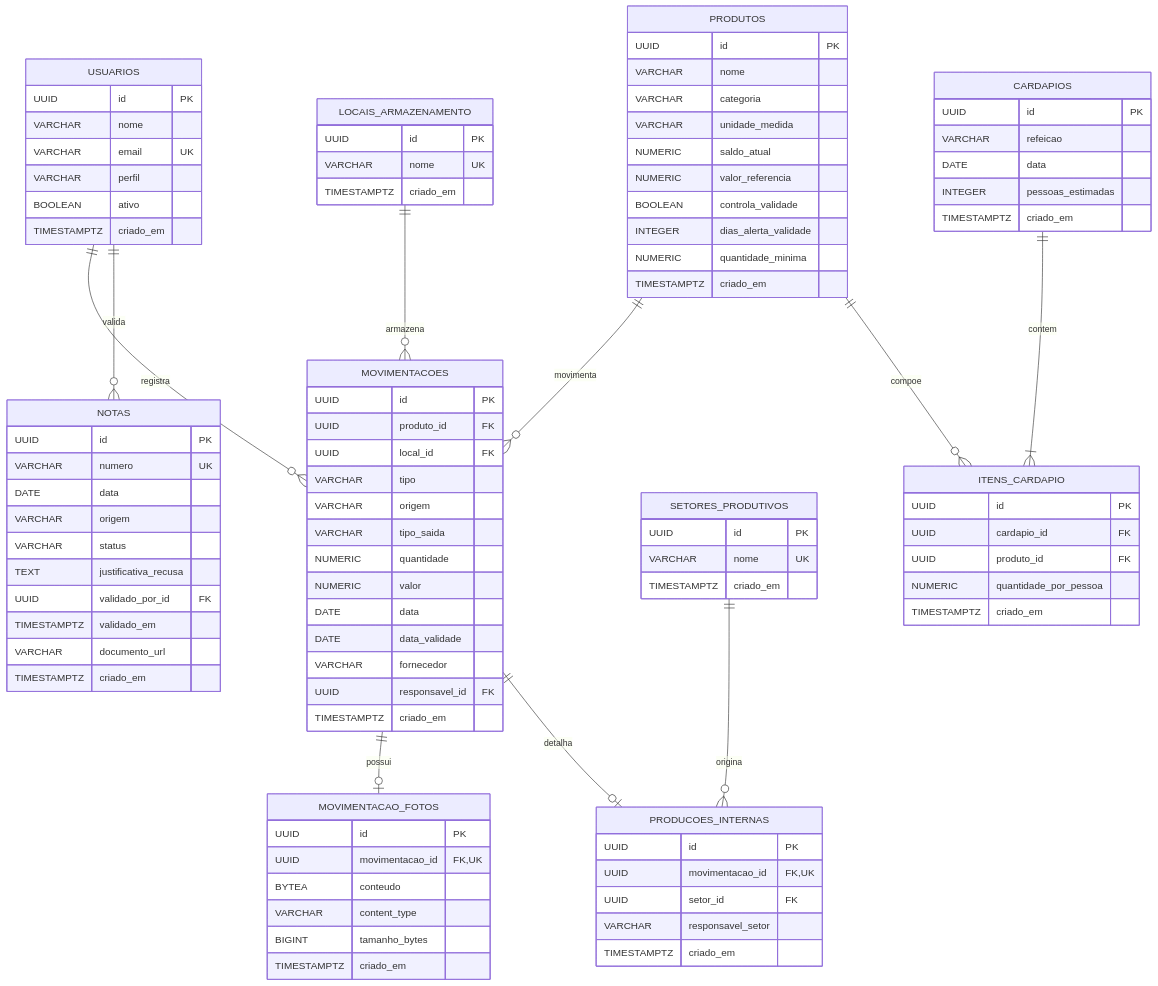
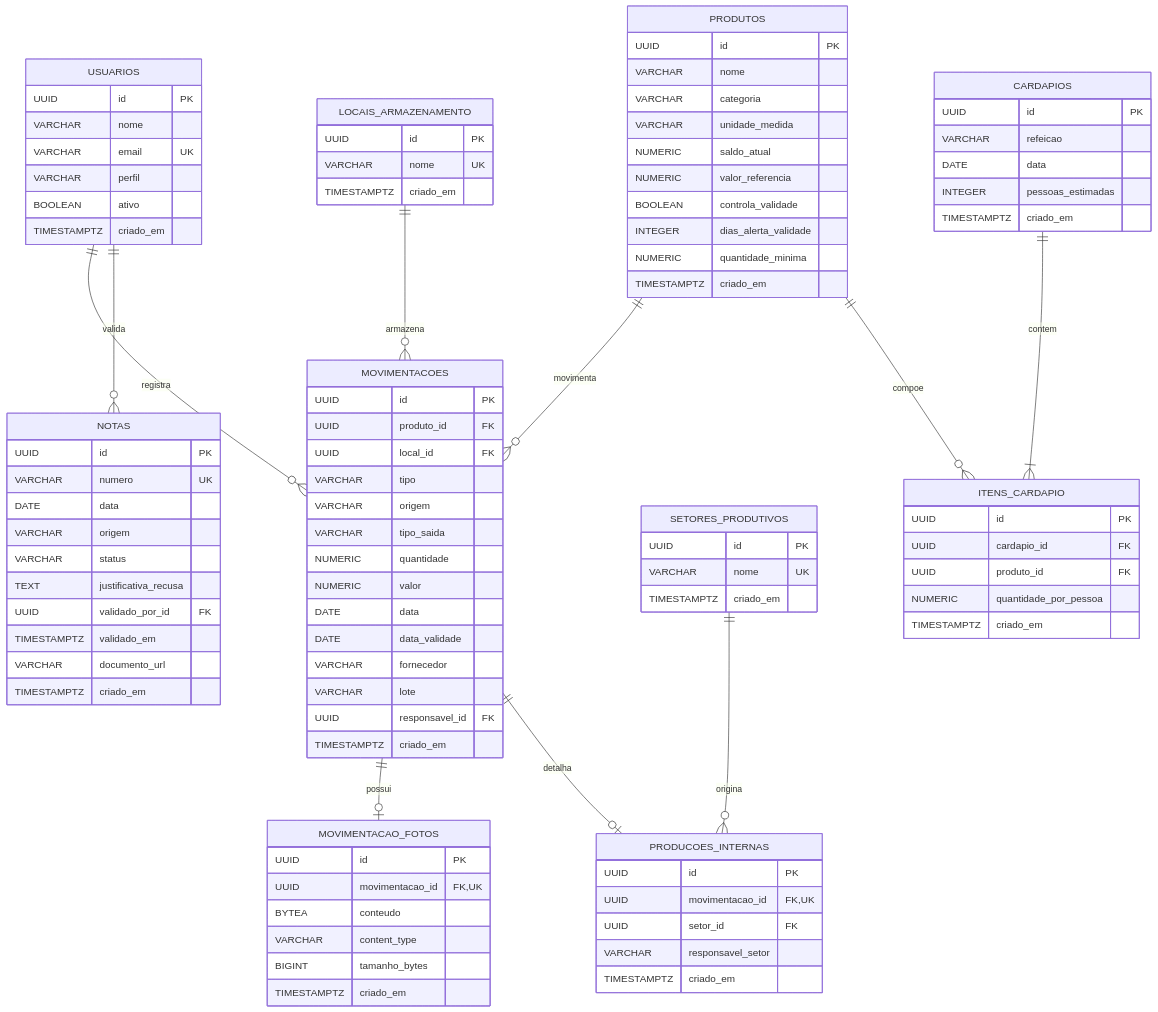
One commit to ifpebj-ti/gestao-refeitorio changed the diagram in docs/MODELAGEM_DADOS.md. Above: the diagram before and after it, drawn with Mermaid. The commit also changed other lines of this file and 7 other files, not shown here.

```diff
--- a/docs/MODELAGEM_DADOS.md
+++ b/docs/MODELAGEM_DADOS.md
@@ -81,6 +81,7 @@
         DATE data
         DATE data_validade
         VARCHAR fornecedor
+        VARCHAR lote
         UUID responsavel_id FK
         TIMESTAMPTZ criado_em
     }
```
